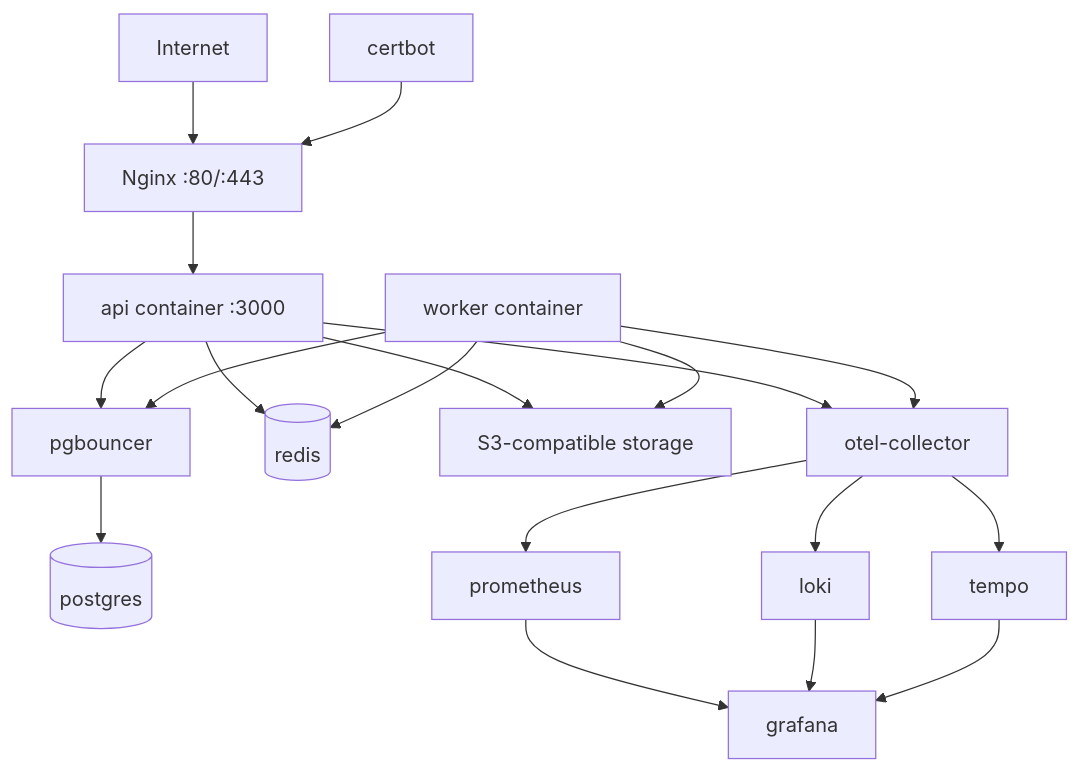
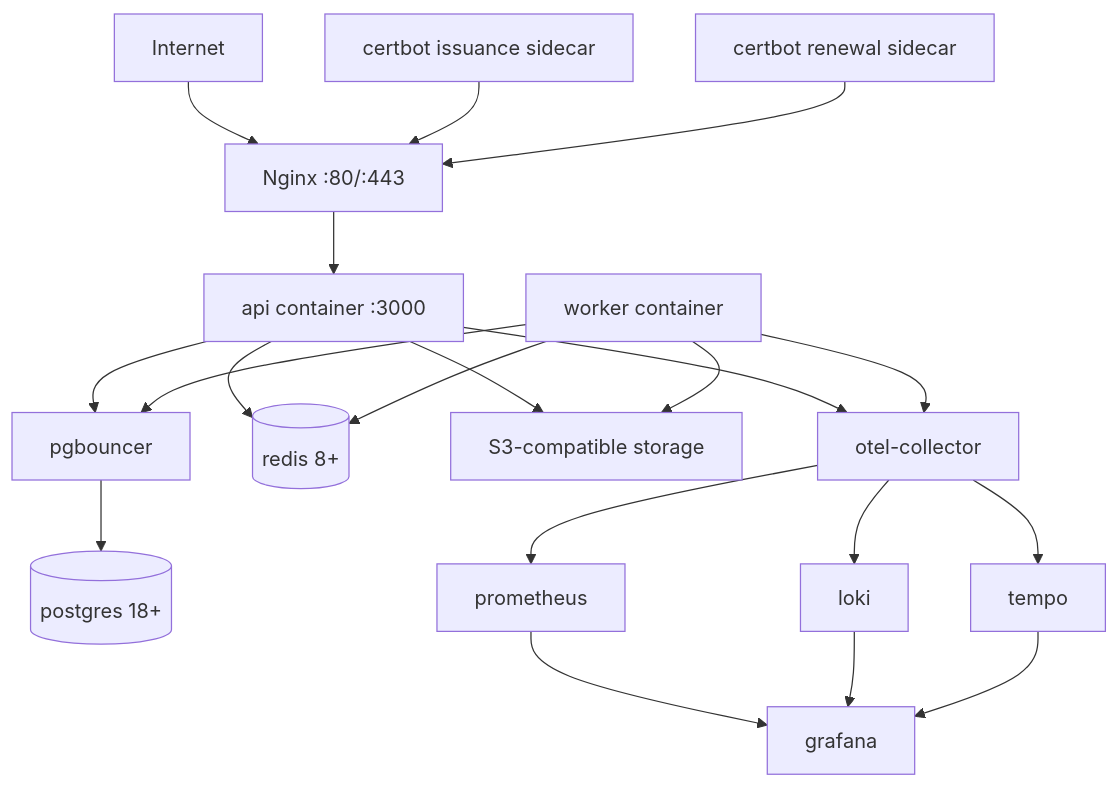
One commit to takin/knowledge-base changed diagram 13 of 13 in raw/engineering/tech-stacks/2026-04-15-backend-bun-elysia-stack.md. Above: the diagram before and after it, drawn with Mermaid. The commit also changed other lines of this file and 13 other files, not shown here.

````diff
--- a/raw/engineering/tech-stacks/2026-04-15-backend-bun-elysia-stack.md
+++ b/raw/engineering/tech-stacks/2026-04-15-backend-bun-elysia-stack.md
@@ -1720,25 +1746,26 @@
 ```mermaid
 flowchart TB
     Internet[Internet] --> Nginx[Nginx :80/:443]
     Nginx --> API[api container :3000]
 
     API --> PgBouncer[pgbouncer]
-    PgBouncer --> Postgres[(postgres)]
-    API --> Redis[(redis)]
+    PgBouncer --> Postgres[(postgres 18+)]
+    API --> Redis[(redis 8+)]
     API --> Storage[S3-compatible storage]
 
     Worker[worker container] --> PgBouncer
     Worker --> Redis
     Worker --> Storage
 
     API --> OTel[otel-collector]
     Worker --> OTel
     OTel --> Prometheus[prometheus]
     OTel --> Loki[loki]
     OTel --> Tempo[tempo]
     Prometheus --> Grafana[grafana]
     Loki --> Grafana
     Tempo --> Grafana
 
-    Certbot[certbot] --> Nginx
+    Certbot[certbot issuance sidecar] --> Nginx
+    CertbotRenew[certbot renewal sidecar] --> Nginx
 ```
````
